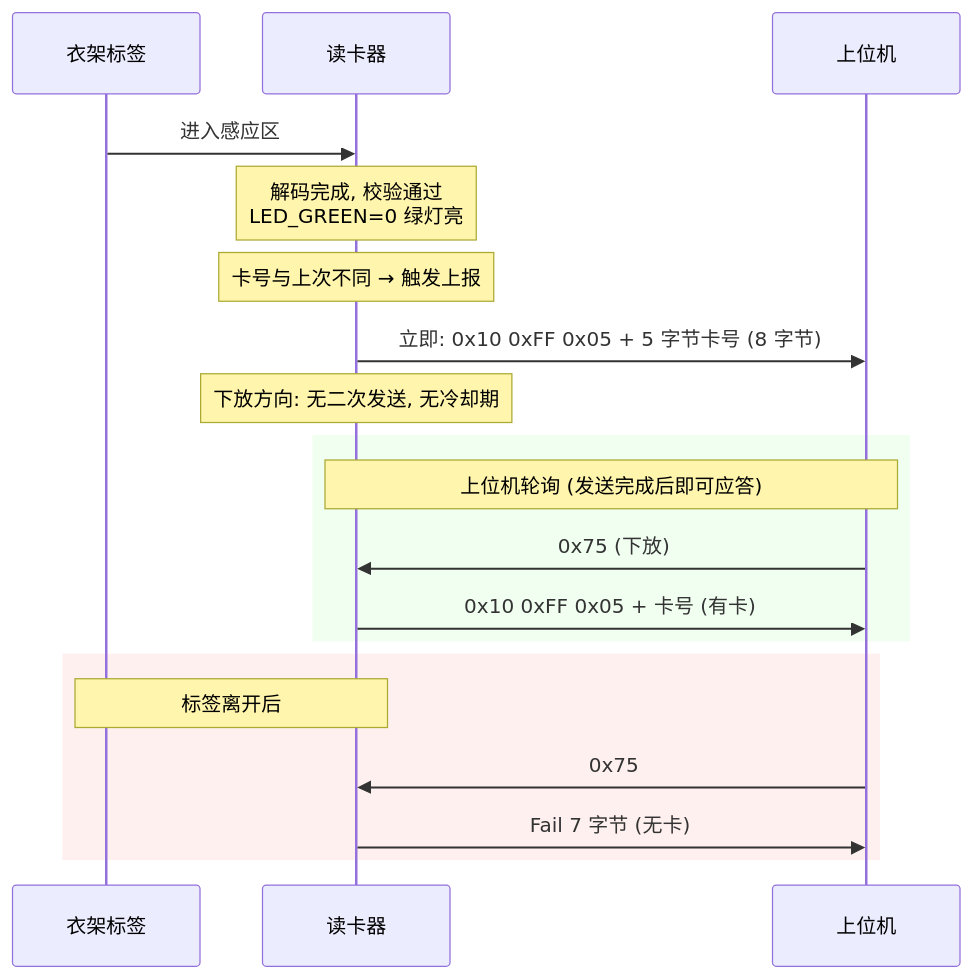
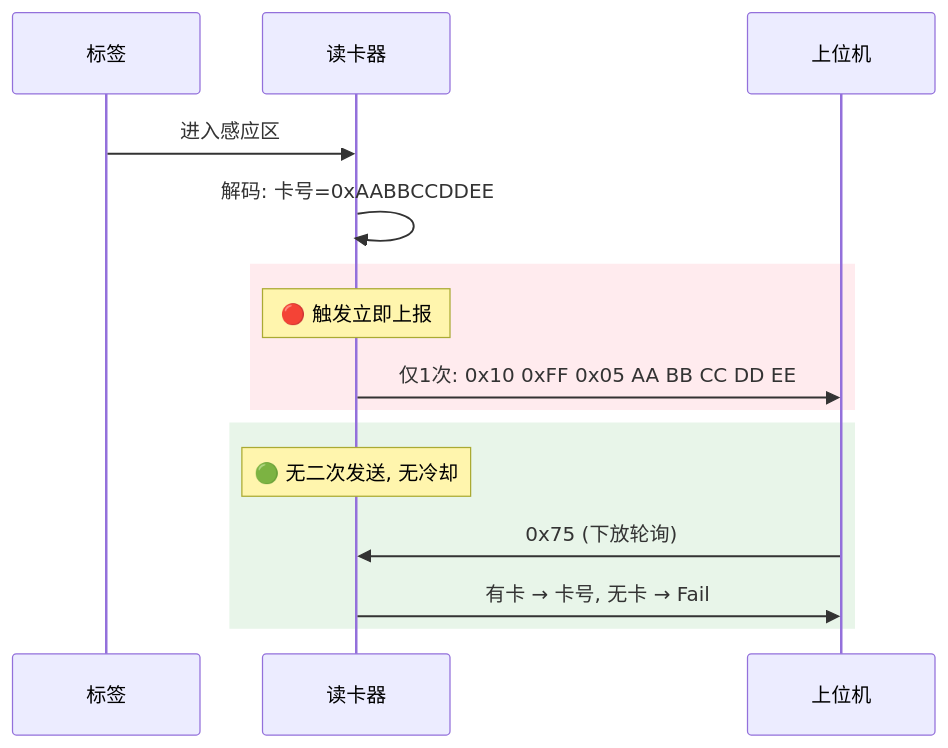
One commit to Siaiai/ObsidianNote changed the fifth of 6 diagrams in 工作/SR3读卡器/260802SR2读卡器行为.md. Above: the diagram before and after it, drawn with Mermaid. The commit also changed other lines of this file and 3 other files, not shown here.

````diff
--- a/工作/SR3读卡器/260802SR2读卡器行为.md
+++ b/工作/SR3读卡器/260802SR2读卡器行为.md
@@ -408,26 +175,20 @@
 ```mermaid
 sequenceDiagram
-    participant Tag as 衣架标签
-    participant Reader as 读卡器
-    participant Host as 上位机
+    participant 标签
+    participant 读卡器
+    participant 上位机
 
-    Tag->>Reader: 进入感应区
+    标签->>读卡器: 进入感应区
+    读卡器->>读卡器: 解码: 卡号=0xAABBCCDDEE
 
-    Note over Reader: 解码完成, 校验通过<br/>LED_GREEN=0 绿灯亮
-    Note over Reader: 卡号与上次不同 → 触发上报
-
-    Reader->>Host: 立即: 0x10 0xFF 0x05 + 5 字节卡号 (8 字节)
-    Note over Reader: 下放方向: 无二次发送, 无冷却期
-
-    rect rgb(240, 255, 240)
-        Note over Host,Reader: 上位机轮询 (发送完成后即可应答)
-        Host->>Reader: 0x75 (下放)
-        Reader->>Host: 0x10 0xFF 0x05 + 卡号 (有卡)
+    rect rgb(255, 235, 238)
+        Note over 读卡器: 🔴 触发立即上报
+        读卡器->>上位机: 仅1次: 0x10 0xFF 0x05 AA BB CC DD EE
     end
 
-    rect rgb(255, 240, 240)
-        Note over Tag,Reader: 标签离开后
-        Host->>Reader: 0x75
-        Reader->>Host: Fail 7 字节 (无卡)
+    rect rgb(232, 245, 233)
+        Note over 读卡器: 🟢 无二次发送, 无冷却
+        上位机->>读卡器: 0x75 (下放轮询)
+        读卡器->>上位机: 有卡 → 卡号, 无卡 → Fail
     end
 ```
````
